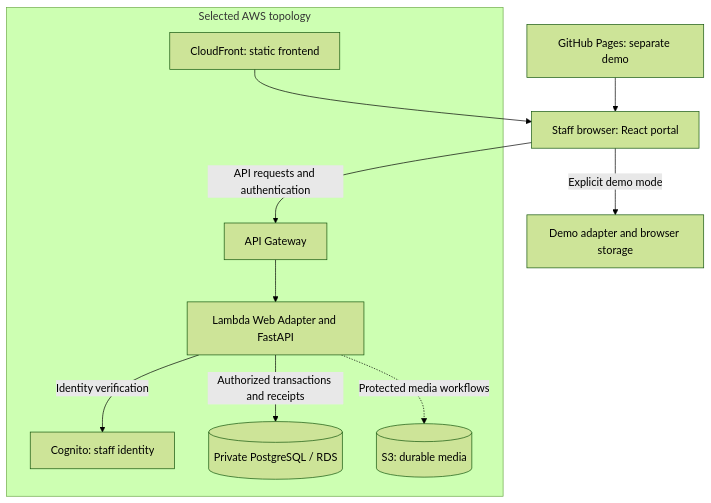
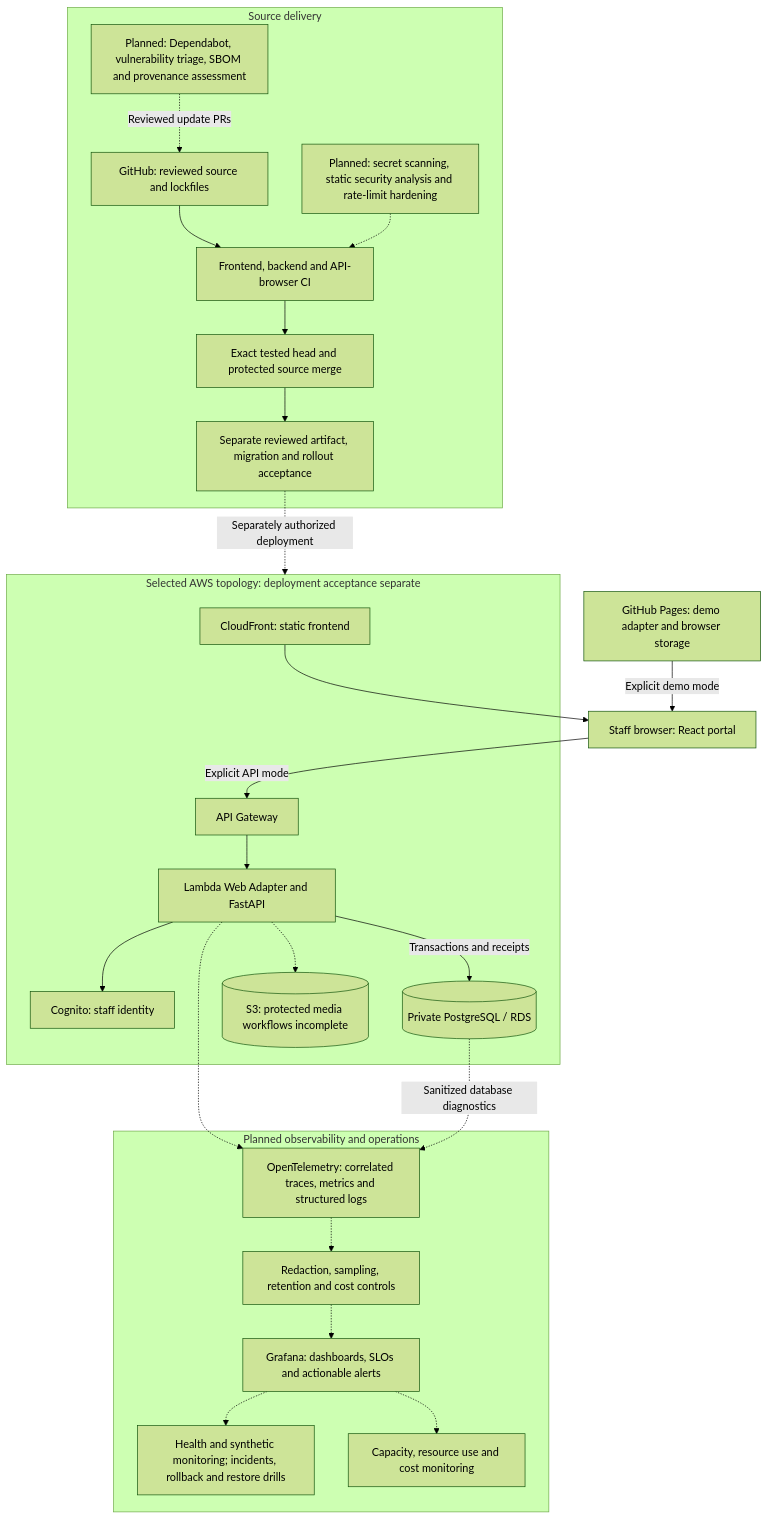
The first of 3 diagrams in docs/Architecture/diagram.md (LimYouSheng/FitfinityReact), drawn with Mermaid (forest theme) before and after one commit. The commit also changed other lines of this file and 5 other files, not shown here.

Commit message:
Restore engineering safeguards and map planned verification and operations

````diff
--- a/docs/Architecture/diagram.md
+++ b/docs/Architecture/diagram.md
@@ -5,22 +9,44 @@
 ```mermaid
 flowchart TB
   Staff["Staff browser: React portal"]
-  Pages["GitHub Pages: separate demo"]
-  Demo["Demo adapter and browser storage"]
-  subgraph AWS["Selected AWS topology"]
+  Pages["GitHub Pages: demo adapter and browser storage"]
+  subgraph AWS["Selected AWS topology: deployment acceptance separate"]
     Assets["CloudFront: static frontend"]
     Gateway["API Gateway"]
     App["Lambda Web Adapter and FastAPI"]
     Identity["Cognito: staff identity"]
     DB[("Private PostgreSQL / RDS")]
-    Media[("S3: durable media")]
+    Media[("S3: protected media workflows incomplete")]
+  end
+  subgraph Delivery["Source delivery"]
+    Repo["GitHub: reviewed source and lockfiles"]
+    CI["Frontend, backend and API-browser CI"]
+    Merge["Exact tested head and protected source merge"]
+    Release["Separate reviewed artifact, migration and rollout acceptance"]
+    Supply["Planned: Dependabot, vulnerability triage, SBOM and provenance assessment"]
+    Security["Planned: secret scanning, static security analysis and rate-limit hardening"]
+  end
+  subgraph Operations["Planned observability and operations"]
+    OTel["OpenTelemetry: correlated traces, metrics and structured logs"]
+    Privacy["Redaction, sampling, retention and cost controls"]
+    Grafana["Grafana: dashboards, SLOs and actionable alerts"]
+    Ops["Health and synthetic monitoring; incidents, rollback and restore drills"]
+    Capacity["Capacity, resource use and cost monitoring"]
   end
   Assets --> Staff
-  Pages --> Staff
-  Staff -->|"Explicit demo mode"| Demo
-  Staff -->|"API requests and authentication"| Gateway
+  Pages -->|"Explicit demo mode"| Staff
+  Staff -->|"Explicit API mode"| Gateway
   Gateway --> App
-  App -->|"Identity verification"| Identity
-  App -->|"Authorized transactions and receipts"| DB
-  App -.->|"Protected media workflows"| Media
+  App --> Identity
+  App -->|"Transactions and receipts"| DB
+  App -.-> Media
+  Repo --> CI --> Merge --> Release
+  Release -.->|"Separately authorized deployment"| AWS
+  Supply -.->|"Reviewed update PRs"| Repo
+  Security -.-> CI
+  App -.-> OTel
+  DB -.->|"Sanitized database diagnostics"| OTel
+  OTel -.-> Privacy -.-> Grafana
+  Grafana -.-> Ops
+  Grafana -.-> Capacity
 ```
````
